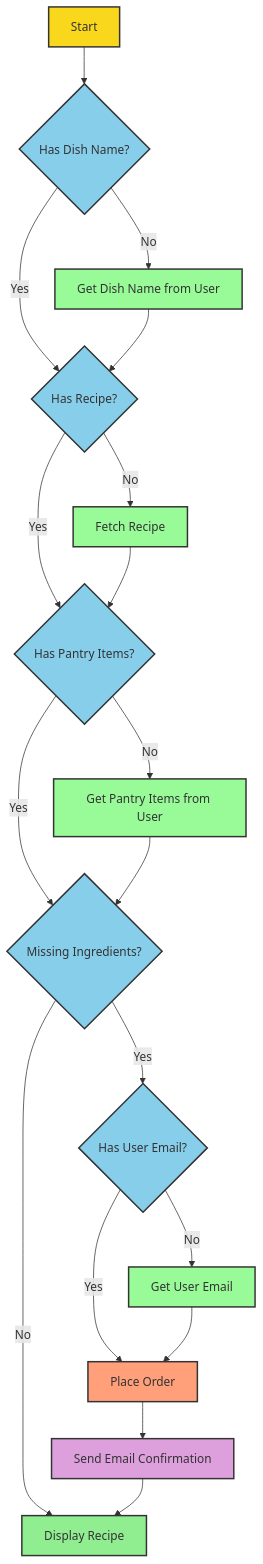
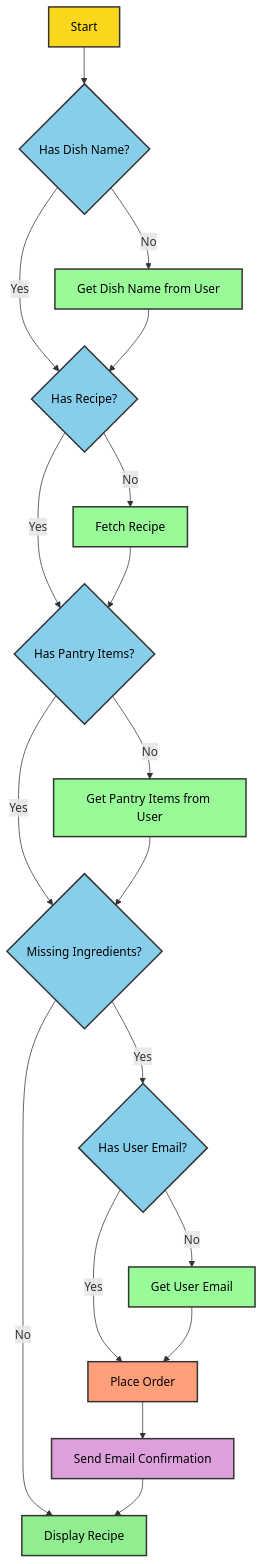
One commit to SXD390/EAG-V1-Assignment-6 changed the first of 2 diagrams in README.md. Above: the diagram before and after it, drawn with Mermaid. The commit also changed other lines of this file, not shown here.

````diff
--- a/README.md
+++ b/README.md
@@ -35,38 +35,38 @@
 ```mermaid
 graph TD
     A[Start] --> B{Has Dish Name?}
     B -->|No| C[Get Dish Name from User]
     B -->|Yes| D{Has Recipe?}
     C --> D
     
     D -->|No| E[Fetch Recipe]
     D -->|Yes| F{Has Pantry Items?}
     E --> F
     
     F -->|No| G[Get Pantry Items from User]
     F -->|Yes| H{Missing Ingredients?}
     G --> H
     
     H -->|Yes| I{Has User Email?}
     H -->|No| M[Display Recipe]
     I -->|No| J[Get User Email]
     I -->|Yes| K[Place Order]
     
     J --> K
     K --> L[Send Email Confirmation]
     L --> M
     
-    style A fill:#f9d71c,stroke:#333,stroke-width:2px
-    style B fill:#87ceeb,stroke:#333,stroke-width:2px
-    style C fill:#98fb98,stroke:#333,stroke-width:2px
-    style D fill:#87ceeb,stroke:#333,stroke-width:2px
-    style E fill:#98fb98,stroke:#333,stroke-width:2px
-    style F fill:#87ceeb,stroke:#333,stroke-width:2px
-    style G fill:#98fb98,stroke:#333,stroke-width:2px
-    style H fill:#87ceeb,stroke:#333,stroke-width:2px
-    style I fill:#87ceeb,stroke:#333,stroke-width:2px
-    style J fill:#98fb98,stroke:#333,stroke-width:2px
-    style K fill:#ffa07a,stroke:#333,stroke-width:2px
-    style L fill:#dda0dd,stroke:#333,stroke-width:2px
-    style M fill:#90ee90,stroke:#333,stroke-width:2px
+    style A fill:#f9d71c,stroke:#333,stroke-width:2px,color:#000
+    style B fill:#87ceeb,stroke:#333,stroke-width:2px,color:#000
+    style C fill:#98fb98,stroke:#333,stroke-width:2px,color:#000
+    style D fill:#87ceeb,stroke:#333,stroke-width:2px,color:#000
+    style E fill:#98fb98,stroke:#333,stroke-width:2px,color:#000
+    style F fill:#87ceeb,stroke:#333,stroke-width:2px,color:#000
+    style G fill:#98fb98,stroke:#333,stroke-width:2px,color:#000
+    style H fill:#87ceeb,stroke:#333,stroke-width:2px,color:#000
+    style I fill:#87ceeb,stroke:#333,stroke-width:2px,color:#000
+    style J fill:#98fb98,stroke:#333,stroke-width:2px,color:#000
+    style K fill:#ffa07a,stroke:#333,stroke-width:2px,color:#000
+    style L fill:#dda0dd,stroke:#333,stroke-width:2px,color:#000
+    style M fill:#90ee90,stroke:#333,stroke-width:2px,color:#000
 ```
````
